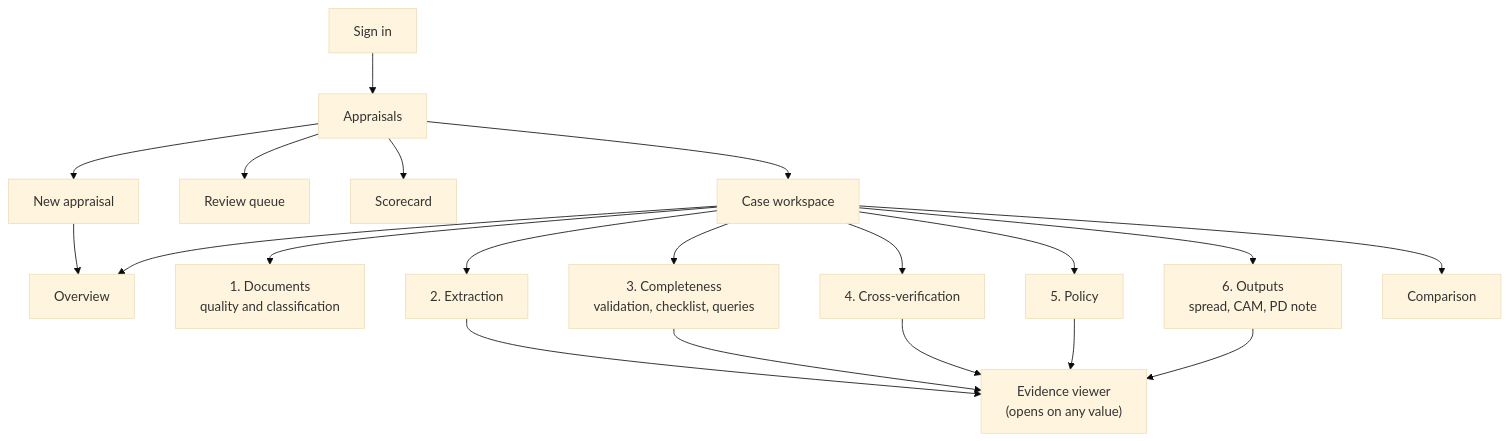
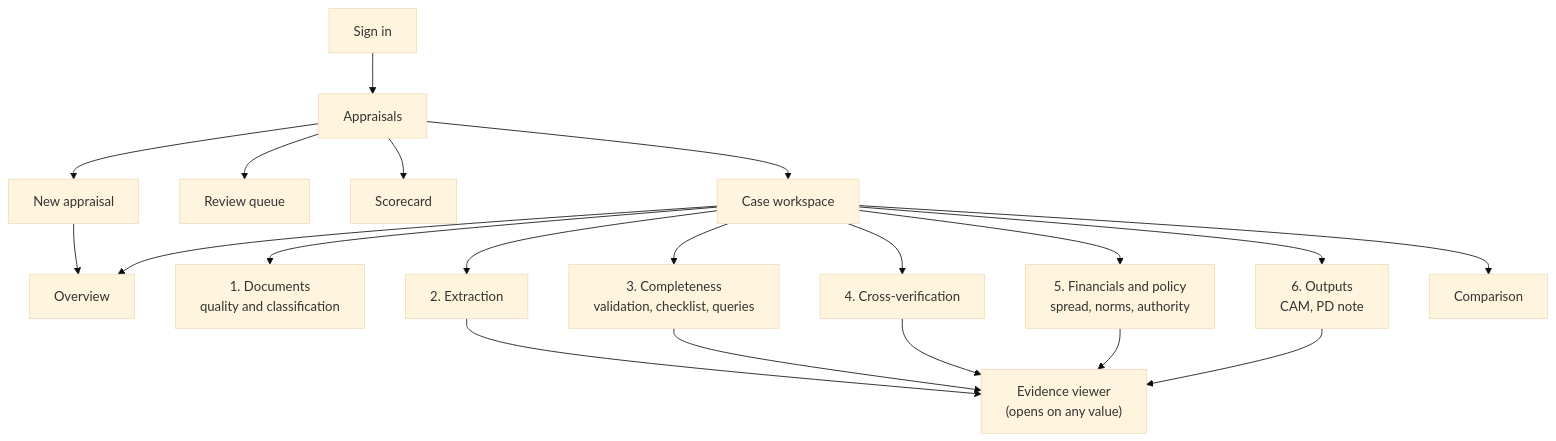
Before and after one commit to kunal-s/creditiq-poc: the second of 12 diagrams in docs/functional-requirements.md, drawn with Mermaid (base theme). The commit also changed other lines of this file and 24 other files, not shown here.

First line of the commit message:
feat: merge the spread into the Policy tab as Financials and policy

````diff
--- a/docs/functional-requirements.md
+++ b/docs/functional-requirements.md
@@ -202,22 +202,22 @@
 ```mermaid
 flowchart TB
   SI["Sign in"] --> CL["Appraisals"]
   CL --> NC["New appraisal"]
   CL --> RQ["Review queue"]
   CL --> SC["Scorecard"]
   NC --> OV
   CL --> CW["Case workspace"]
   CW --> OV["Overview"]
   CW --> T1["1. Documents<br/>quality and classification"]
   CW --> T2["2. Extraction"]
   CW --> T3["3. Completeness<br/>validation, checklist, queries"]
   CW --> T4["4. Cross-verification"]
-  CW --> T5["5. Policy"]
-  CW --> T6["6. Outputs<br/>spread, CAM, PD note"]
+  CW --> T5["5. Financials and policy<br/>spread, norms, authority"]
+  CW --> T6["6. Outputs<br/>CAM, PD note"]
   CW --> CM["Comparison"]
   T2 --> EV["Evidence viewer<br/>(opens on any value)"]
   T3 --> EV
   T4 --> EV
   T5 --> EV
   T6 --> EV
 ```
````
